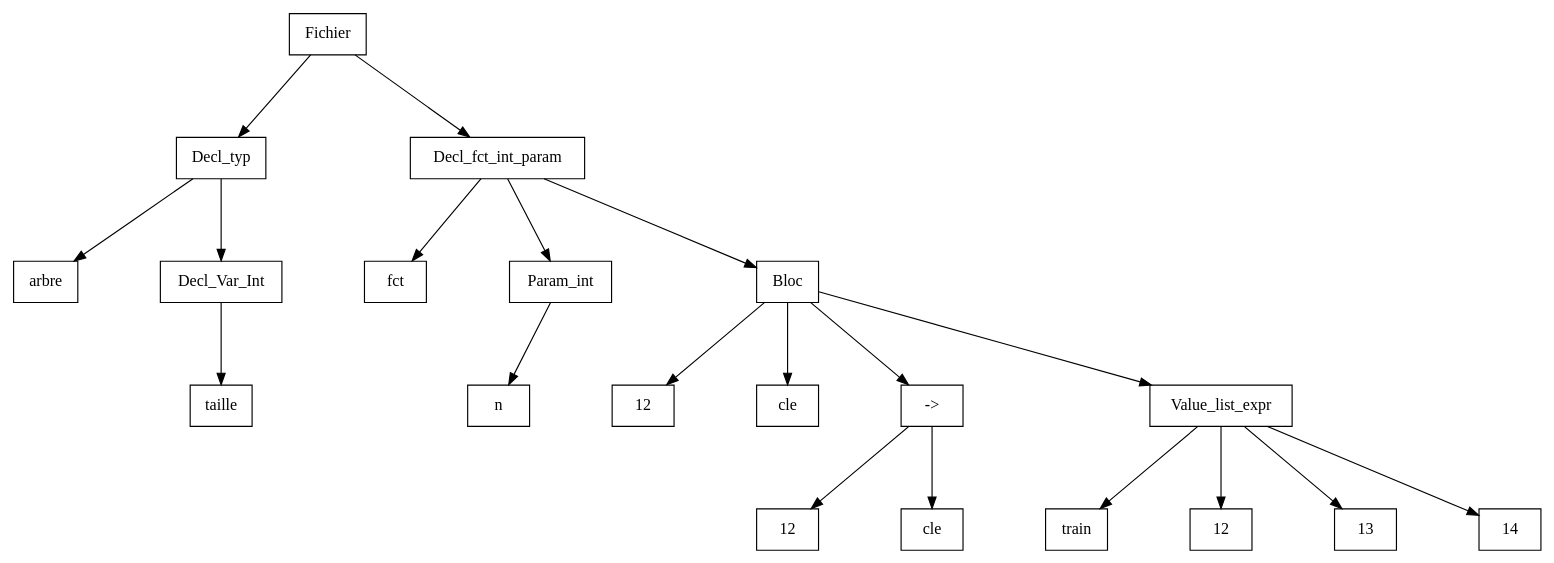
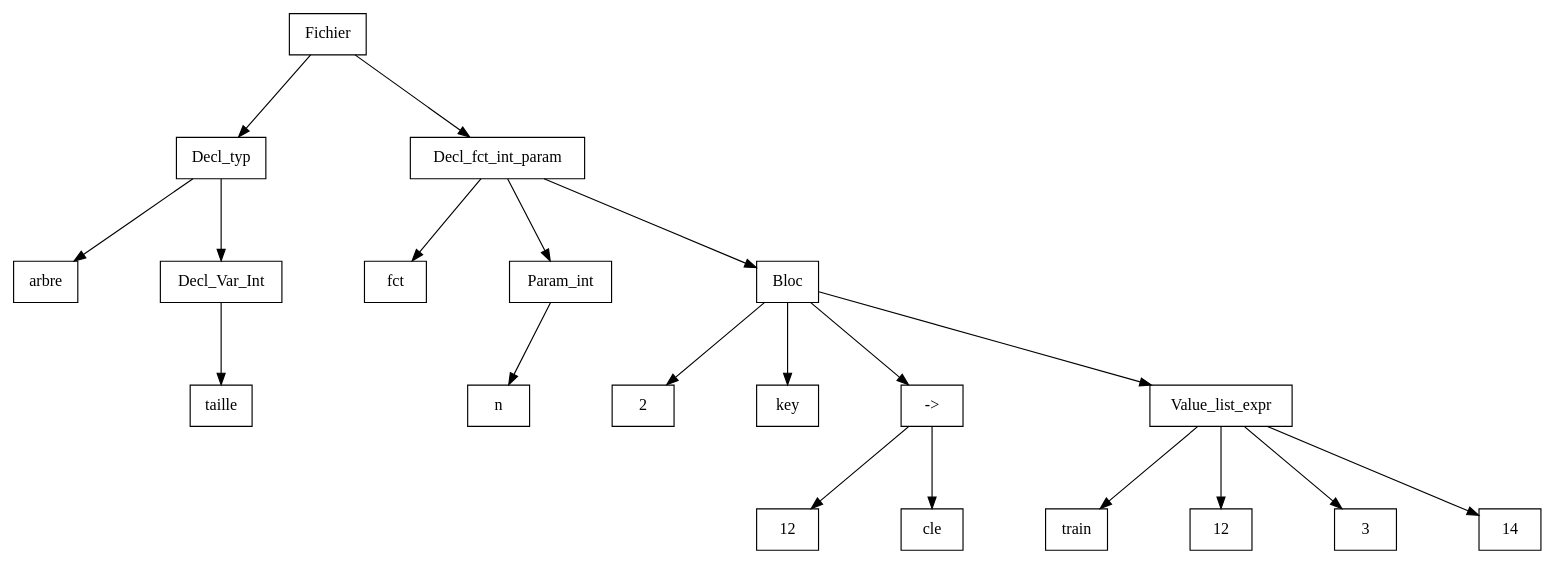
Before and after one commit to Hamza-ABDOULHOUSSEN/compil: the diagram in Code/out/dot/test.dot, drawn with Graphviz. The commit also changed 5 other files, not shown here.

```diff
--- a/Code/out/dot/test.dot
+++ b/Code/out/dot/test.dot
@@ -1,46 +1,46 @@
 digraph "ast"{
 
 	nodesep=1;
 	ranksep=1;
 
 	N0 [label="Fichier", shape="box"];
 	N1 [label="Decl_typ", shape="box"];
 	N2 [label="arbre", shape="box"];
 	N3 [label="Decl_Var_Int", shape="box"];
 	N4 [label="taille", shape="box"];
 	N5 [label="Decl_fct_int_param", shape="box"];
 	N6 [label="fct", shape="box"];
 	N7 [label="Param_int", shape="box"];
 	N8 [label="n", shape="box"];
 	N9 [label="Bloc", shape="box"];
-	N10 [label="12", shape="box"];
-	N11 [label="cle", shape="box"];
+	N10 [label="2", shape="box"];
+	N11 [label="key", shape="box"];
 	N12 [label="->", shape="box"];
 	N13 [label="12", shape="box"];
 	N14 [label="cle", shape="box"];
 	N15 [label="Value_list_expr", shape="box"];
 	N16 [label="train", shape="box"];
 	N17 [label="12", shape="box"];
-	N18 [label="13", shape="box"];
+	N18 [label="3", shape="box"];
 	N19 [label="14", shape="box"];
 
 	N1 -> N2; 
 	N3 -> N4; 
 	N1 -> N3; 
 	N0 -> N1; 
 	N5 -> N6; 
 	N7 -> N8; 
 	N5 -> N7; 
 	N9 -> N10; 
 	N9 -> N11; 
 	N12 -> N13; 
 	N12 -> N14; 
 	N9 -> N12; 
 	N15 -> N16; 
 	N15 -> N17; 
 	N15 -> N18; 
 	N15 -> N19; 
 	N9 -> N15; 
 	N5 -> N9; 
 	N0 -> N5; 
 }
```
